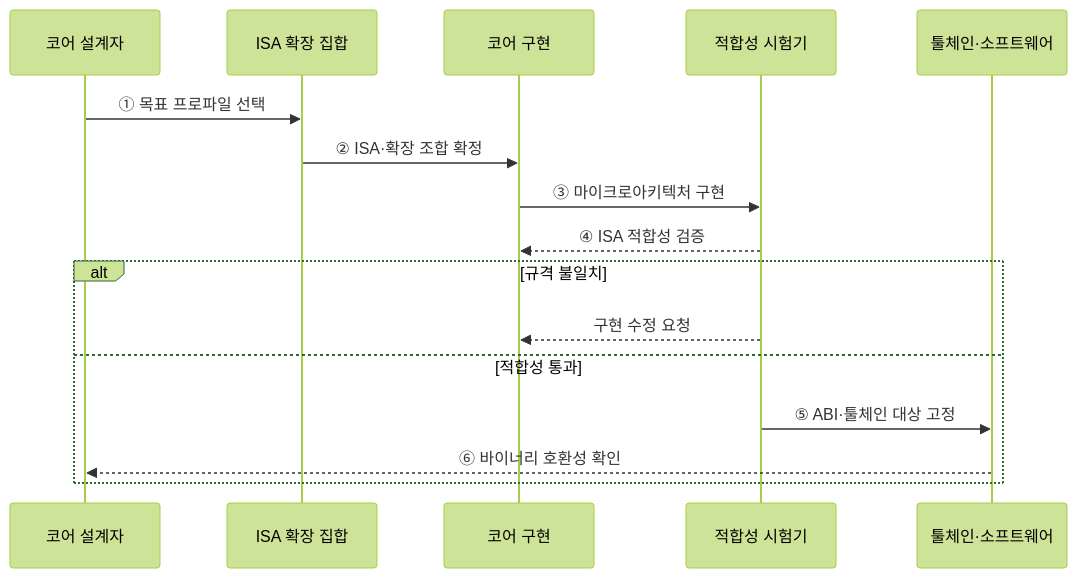
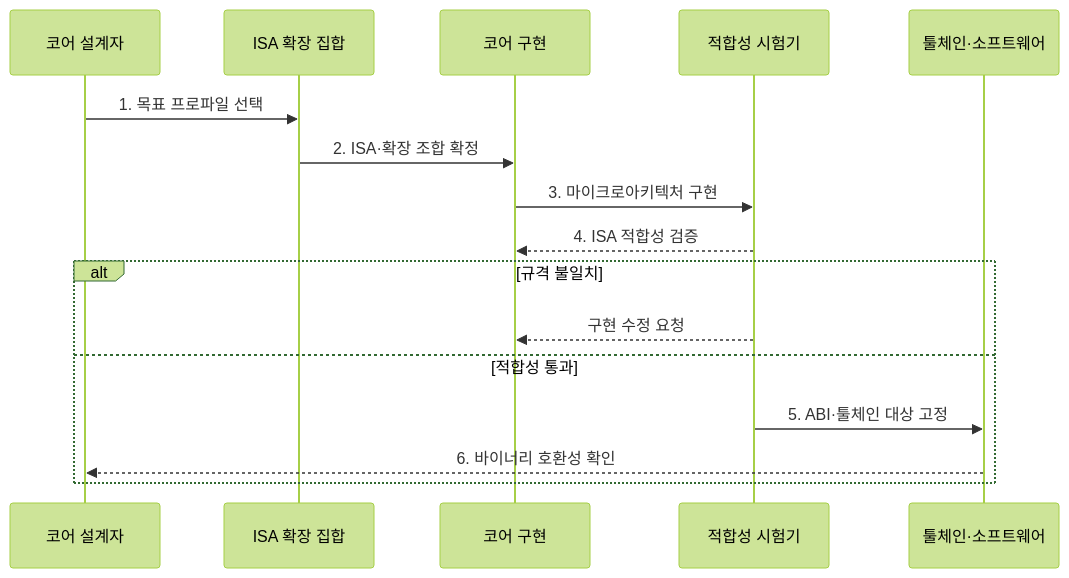
Before and after one commit to agnusdei1207/knowledge-base: the second of 2 diagrams in src/content/docs/notes/02-hardware/004_risc_v.md, drawn with Mermaid (forest theme). The commit also changed other lines of this file and 20 other files, not shown here.

````diff
--- a/src/content/docs/notes/02-hardware/004_risc_v.md
+++ b/src/content/docs/notes/02-hardware/004_risc_v.md
@@ -83,18 +87,18 @@
 ```mermaid
 sequenceDiagram
     participant D as 코어 설계자
     participant E as ISA 확장 집합
     participant C as 코어 구현
     participant T as 적합성 시험기
     participant S as 툴체인·소프트웨어
-    D->>E: ① 목표 프로파일 선택
-    E->>C: ② ISA·확장 조합 확정
-    C->>T: ③ 마이크로아키텍처 구현
-    T-->>C: ④ ISA 적합성 검증
+    D->>E: 1. 목표 프로파일 선택
+    E->>C: 2. ISA·확장 조합 확정
+    C->>T: 3. 마이크로아키텍처 구현
+    T-->>C: 4. ISA 적합성 검증
     alt 규격 불일치
         T-->>C: 구현 수정 요청
     else 적합성 통과
-        T->>S: ⑤ ABI·툴체인 대상 고정
-        S-->>D: ⑥ 바이너리 호환성 확인
+        T->>S: 5. ABI·툴체인 대상 고정
+        S-->>D: 6. 바이너리 호환성 확인
     end
 ```
````
